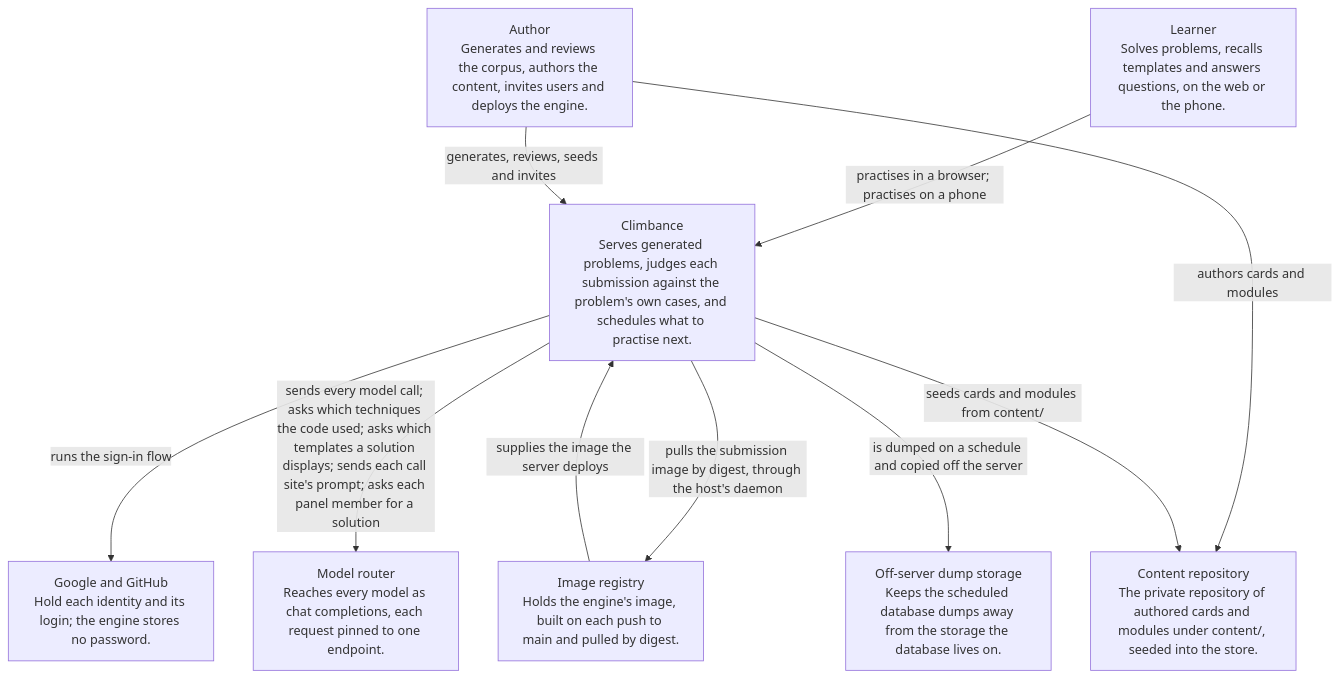
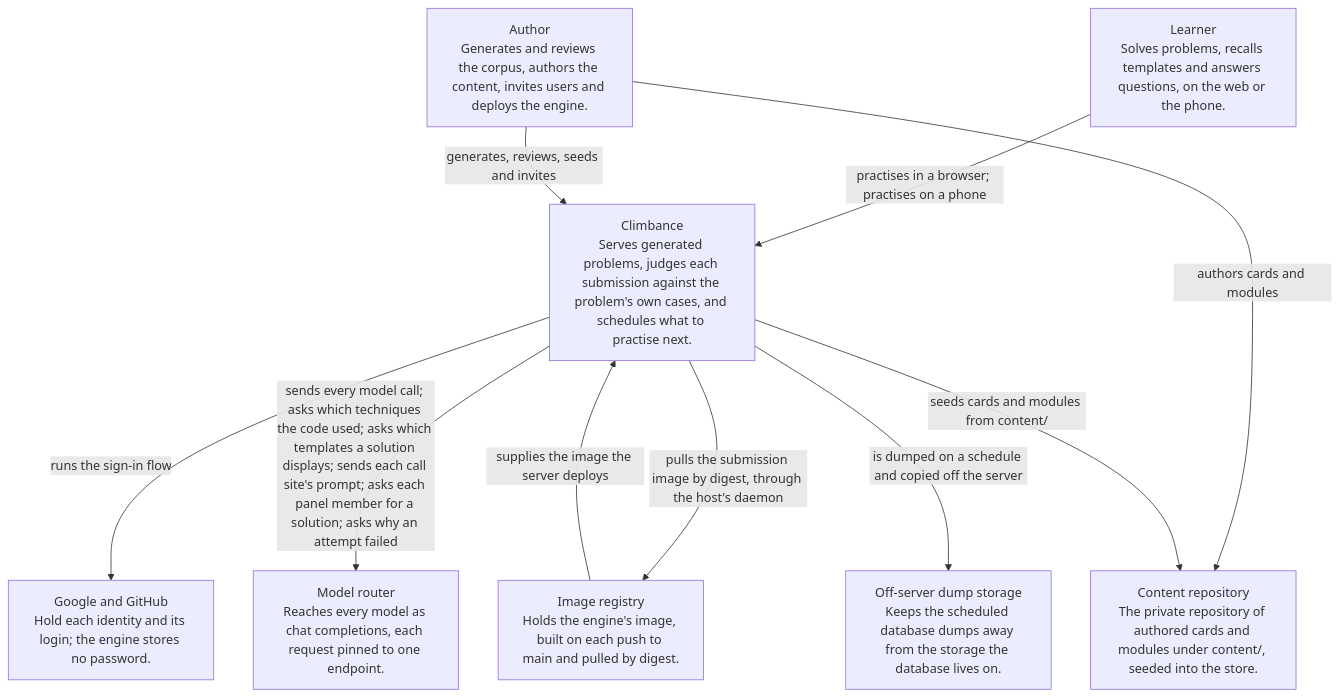
Before and after one commit to climbance/climbance: the first of 4 diagrams in docs/architecture/README.md, drawn with Mermaid. The commit also changed other lines of this file and 91 other files, not shown here.

First line of the commit message:
docs(architecture): split log.md by element

````diff
--- a/docs/architecture/README.md
+++ b/docs/architecture/README.md
@@ -12,20 +12,20 @@
 ```mermaid
 flowchart TB
     engine["Climbance<br/>Serves generated problems, judges each submission against the problem's own cases, and schedules what to practise next."]
     learner["Learner<br/>Solves problems, recalls templates and answers questions, on the web or the phone."]
     author["Author<br/>Generates and reviews the corpus, authors the content, invites users and deploys the engine."]
     identity_providers["Google and GitHub<br/>Hold each identity and its login; the engine stores no password."]
     model_router["Model router<br/>Reaches every model as chat completions, each request pinned to one endpoint."]
     content_repo["Content repository<br/>The private repository of authored cards and modules under content/, seeded into the store."]
     image_registry["Image registry<br/>Holds the engine's image, built on each push to main and pulled by digest."]
     offsite_dumps["Off-server dump storage<br/>Keeps the scheduled database dumps away from the storage the database lives on."]
     learner -->|"practises in a browser; practises on a phone"| engine
     author -->|"generates, reviews, seeds and invites"| engine
     author -->|"authors cards and modules"| content_repo
     engine -->|"runs the sign-in flow"| identity_providers
     engine -->|"pulls the submission image by digest, through the host's daemon"| image_registry
-    engine -->|"sends every model call; asks which techniques the code used; asks which templates a solution displays; sends each call site's prompt; asks each panel member for a solution"| model_router
+    engine -->|"sends every model call; asks which techniques the code used; asks which templates a solution displays; sends each call site's prompt; asks each panel member for a solution; asks why an attempt failed"| model_router
     engine -->|"seeds cards and modules from content/"| content_repo
     image_registry -->|"supplies the image the server deploys"| engine
     engine -->|"is dumped on a schedule and copied off the server"| offsite_dumps
 ```
````
